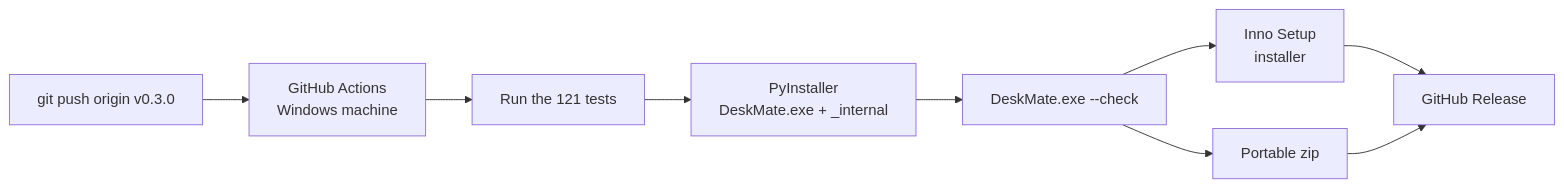
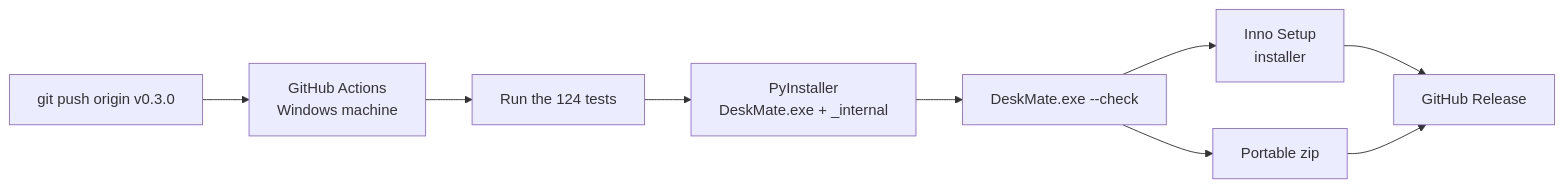
Before and after one commit to MuizKmz/deskmate: the third of 3 diagrams in TUTORIAL.md, drawn with Mermaid. The commit also changed other lines of this file and 8 other files, not shown here.

````diff
--- a/TUTORIAL.md
+++ b/TUTORIAL.md
@@ -467,11 +475,11 @@
 ```mermaid
 flowchart LR
     T["git push origin v0.3.0"] --> GA[GitHub Actions<br/>Windows machine]
-    GA --> TS[Run the 121 tests]
+    GA --> TS[Run the 124 tests]
     TS --> PI["PyInstaller<br/>DeskMate.exe + _internal"]
     PI --> CK["DeskMate.exe --check"]
     CK --> IS[Inno Setup<br/>installer]
     CK --> ZIP[Portable zip]
     IS --> R[GitHub Release]
     ZIP --> R
 ```
````
